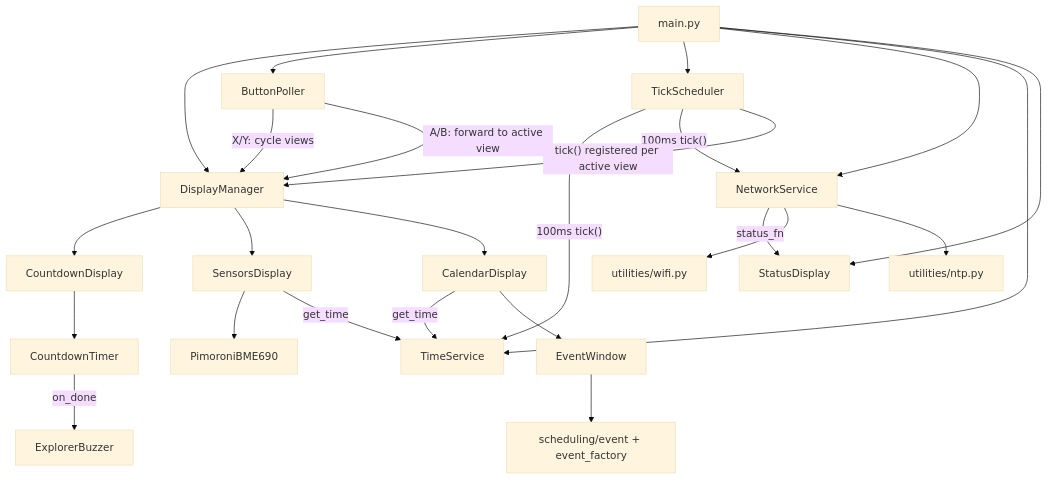
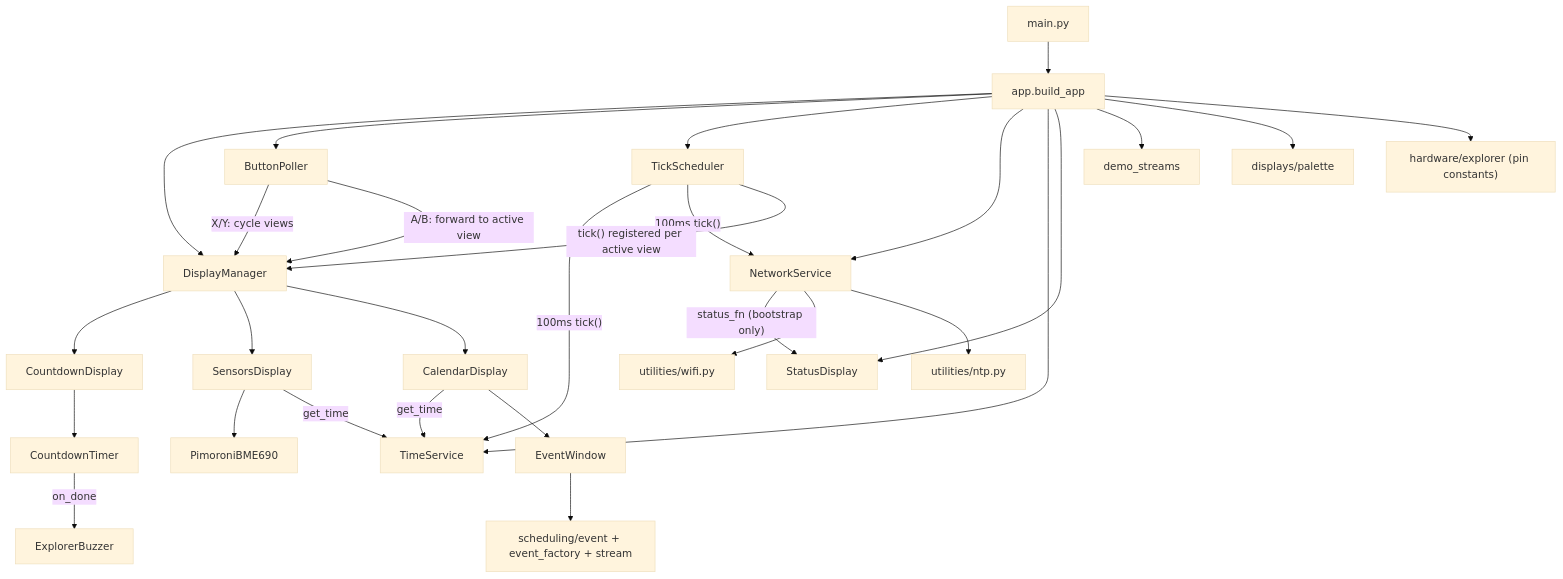
One commit to aannenko/pico-explorer-playground changed the diagram in .github/copilot-instructions.md. Above: the diagram before and after it, drawn with Mermaid (base theme). The commit also changed other lines of this file, not shown here.

Commit message:
docs: sync copilot-instructions with refactored architecture
Update to reflect the post-refactor state:

- app.py composition; main.py is a thin entry
- Display base class + RefreshGate helper
- hardware/explorer.py pin constants
- NetworkService status_fn scoped to bootstrap only
- WifiClient class with module-level default instance
- Event.wall_clock_duration_sec attribute name (was duration_sec)
- scheduling/stream.py Stream class (RGB, hardware-agnostic)
- demo_streams.py placeholder module
- displays/palette.py with DEFAULT_STREAM_COLORS
- config.sample.py template

````diff
--- a/.github/copilot-instructions.md
+++ b/.github/copilot-instructions.md
@@ -16,32 +16,36 @@
 ```mermaid
 graph TD
-    main.py --> DisplayManager
-    main.py --> ButtonPoller
-    main.py --> TickScheduler
-    main.py --> NetworkService
-    main.py --> TimeService
-    main.py --> StatusDisplay
+    main.py --> app["app.build_app"]
+    app --> DisplayManager
+    app --> ButtonPoller
+    app --> TickScheduler
+    app --> NetworkService
+    app --> TimeService
+    app --> StatusDisplay
 
     TickScheduler -- "100ms tick()" --> TimeService
     TickScheduler -- "100ms tick()" --> NetworkService
     TickScheduler -- "tick() registered per active view" --> DisplayManager
 
     DisplayManager --> CountdownDisplay
     DisplayManager --> SensorsDisplay
     DisplayManager --> CalendarDisplay
 
     CountdownDisplay --> CountdownTimer
     SensorsDisplay --> PimoroniBME690
     SensorsDisplay -- "get_time" --> TimeService
     CalendarDisplay -- "get_time" --> TimeService
     CalendarDisplay --> EventWindow
 
     CountdownTimer -- "on_done" --> ExplorerBuzzer
-    NetworkService -- "status_fn" --> StatusDisplay
+    NetworkService -- "status_fn (bootstrap only)" --> StatusDisplay
     NetworkService --> utilities/wifi.py
     NetworkService --> utilities/ntp.py
-    EventWindow --> scheduling["scheduling/event + event_factory"]
+    EventWindow --> scheduling["scheduling/event + event_factory + stream"]
+    app --> demo_streams
+    app --> Palette["displays/palette"]
+    app --> hardware["hardware/explorer (pin constants)"]
 
     ButtonPoller -- "X/Y: cycle views" --> DisplayManager
     ButtonPoller -- "A/B: forward to active view" --> DisplayManager
 ```
````
